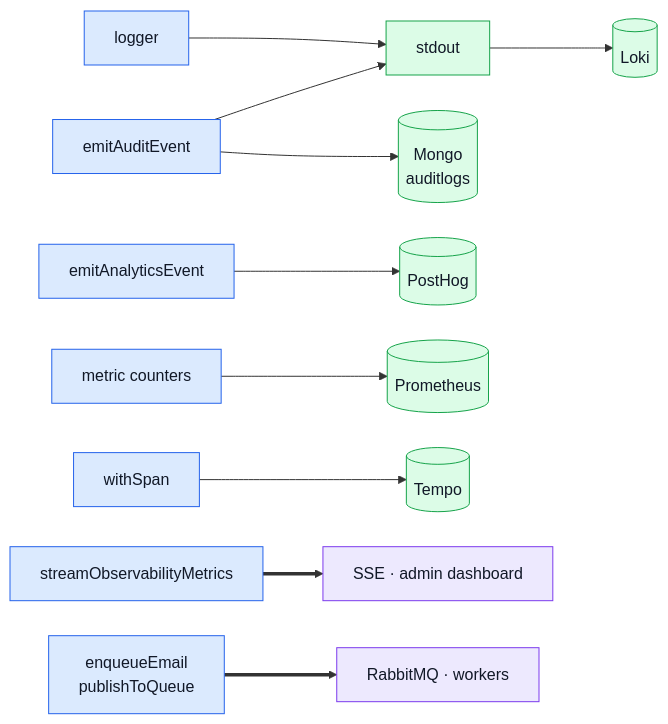
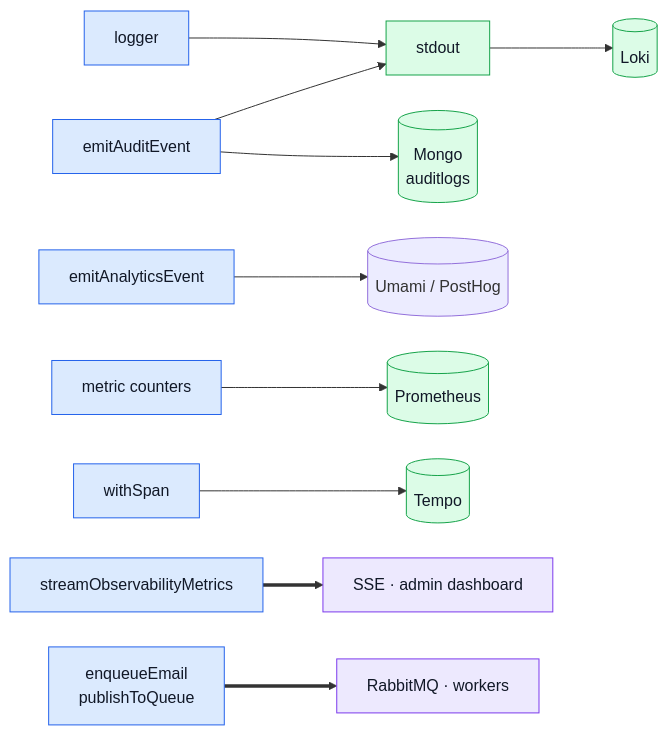
One commit to Guebbit/boilerplate-node-backend changed the diagram in docs/tools/events-and-logging.md. Above: the diagram before and after it, drawn with Mermaid. The commit also changed other lines of this file and 26 other files, not shown here.

````diff
--- a/docs/tools/events-and-logging.md
+++ b/docs/tools/events-and-logging.md
@@ -12,22 +12,22 @@
 ```mermaid
 %%{init: {'flowchart': {'nodeSpacing': 35, 'rankSpacing': 60}}}%%
 flowchart LR
     LOG["logger"] --> STDOUT["stdout"]
     AUDIT["emitAuditEvent"] --> STDOUT
     AUDIT --> MONGO[("Mongo<br/>auditlogs")]
     STDOUT --> LOKI[("Loki")]
 
-    ANALYTICS["emitAnalyticsEvent"] --> POSTHOG[("PostHog")]
+    ANALYTICS["emitAnalyticsEvent"] --> SINK[("Umami / PostHog")]
     METRICS["metric counters"] --> PROM[("Prometheus")]
     TRACES["withSpan"] --> TEMPO[("Tempo")]
 
     STREAM["streamObservabilityMetrics"] ==> SSE["SSE · admin dashboard"]
     QUEUE["enqueueEmail<br/>publishToQueue"] ==> RMQ["RabbitMQ · workers"]
 
     classDef sig fill:#dbeafe,stroke:#2563eb,color:#111827;
     classDef sink fill:#dcfce7,stroke:#16a34a,color:#111827;
     classDef cross fill:#ede9fe,stroke:#7c3aed,color:#111827;
     class LOG,AUDIT,ANALYTICS,METRICS,TRACES,STREAM,QUEUE sig;
     class STDOUT,LOKI,MONGO,POSTHOG,PROM,TEMPO sink;
     class SSE,RMQ cross;
 ```
````
